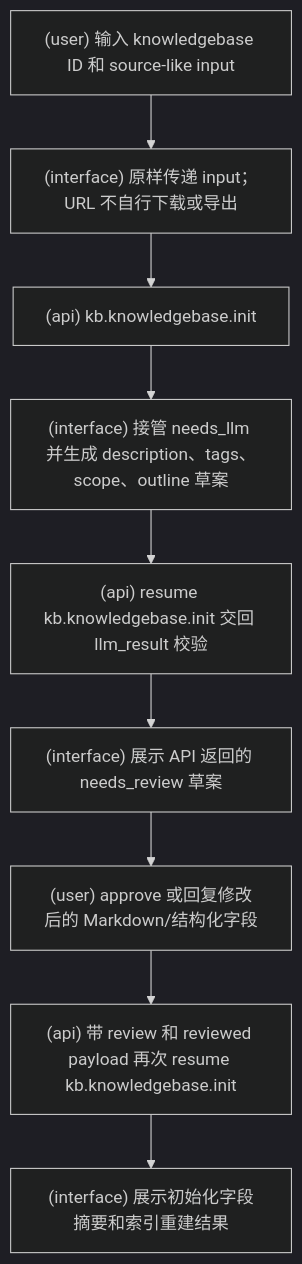
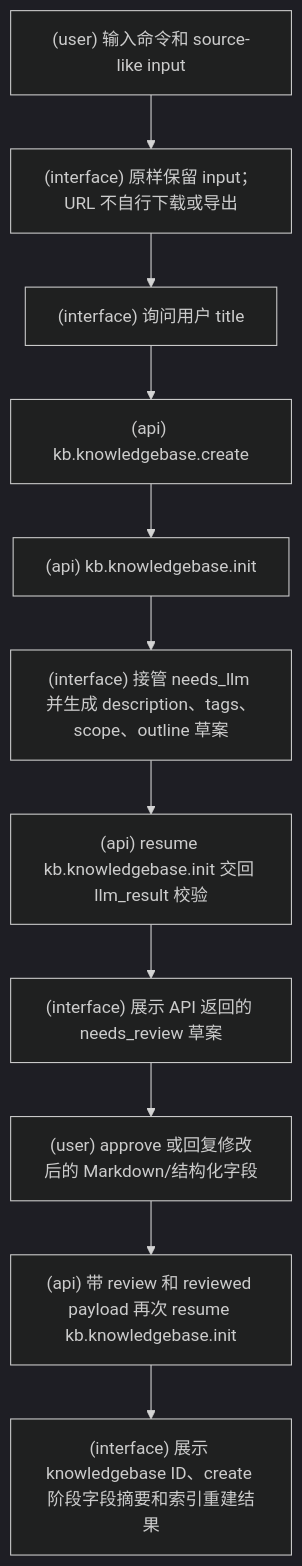
The fifth of 16 diagrams in docs/SlashCommand流程图.md (srangerme/KBManager), drawn with Mermaid (dark theme) before and after one commit. The commit also changed other lines of this file and 19 other files, not shown here.

````diff
--- a/docs/SlashCommand流程图.md
+++ b/docs/SlashCommand流程图.md
@@ -107,11 +94,13 @@
 ```mermaid
 flowchart TD
-  A["(user) 输入 knowledgebase ID 和 source-like input"] --> B["(interface) 原样传递 input；URL 不自行下载或导出"]
-  B --> C["(api) kb.knowledgebase.init"]
-  C --> D["(interface) 接管 needs_llm 并生成 description、tags、scope、outline 草案"]
-  D --> E["(api) resume kb.knowledgebase.init 交回 llm_result 校验"]
-  E --> F["(interface) 展示 API 返回的 needs_review 草案"]
-  F --> G["(user) approve 或回复修改后的 Markdown/结构化字段"]
-  G --> H["(api) 带 review 和 reviewed payload 再次 resume kb.knowledgebase.init"]
-  H --> I["(interface) 展示初始化字段摘要和索引重建结果"]
+  A["(user) 输入命令和 source-like input"] --> B["(interface) 原样保留 input；URL 不自行下载或导出"]
+  B --> C["(interface) 询问用户 title"]
+  C --> D["(api) kb.knowledgebase.create"]
+  D --> E["(api) kb.knowledgebase.init"]
+  E --> F["(interface) 接管 needs_llm 并生成 description、tags、scope、outline 草案"]
+  F --> G["(api) resume kb.knowledgebase.init 交回 llm_result 校验"]
+  G --> H["(interface) 展示 API 返回的 needs_review 草案"]
+  H --> I["(user) approve 或回复修改后的 Markdown/结构化字段"]
+  I --> J["(api) 带 review 和 reviewed payload 再次 resume kb.knowledgebase.init"]
+  J --> K["(interface) 展示 knowledgebase ID、create 阶段字段摘要和索引重建结果"]
 ```
````
